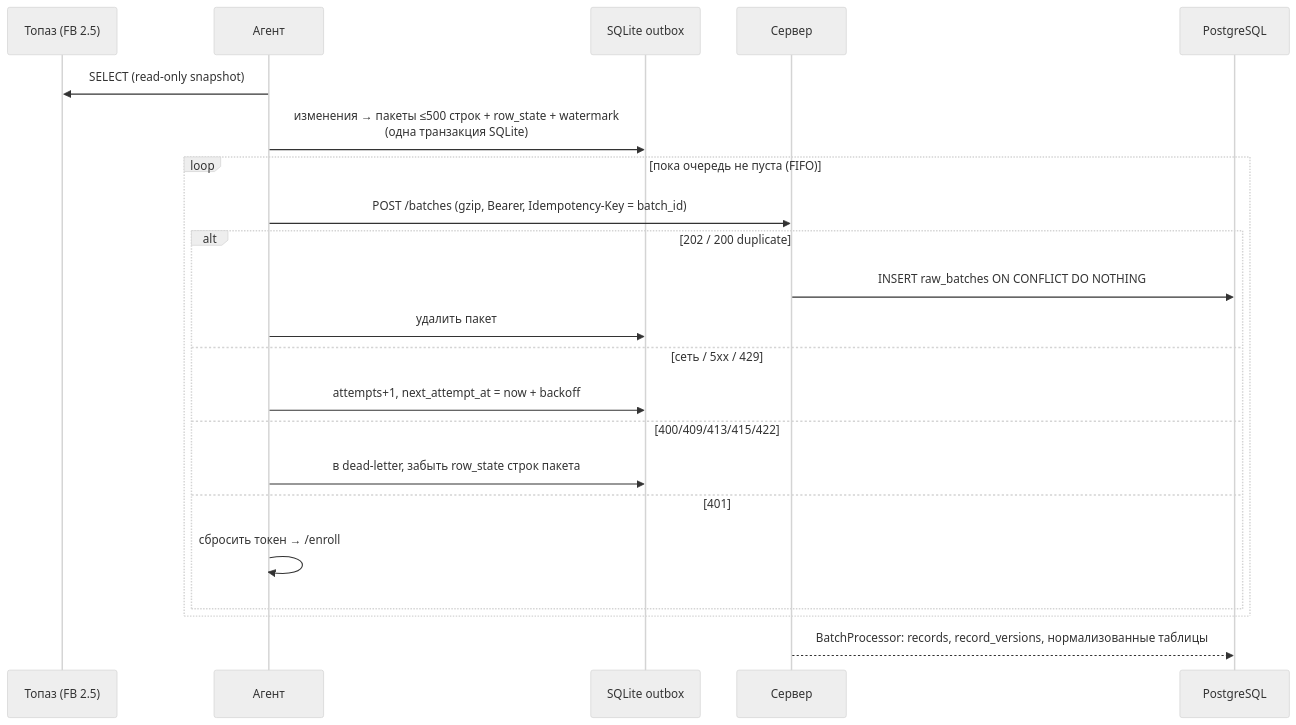
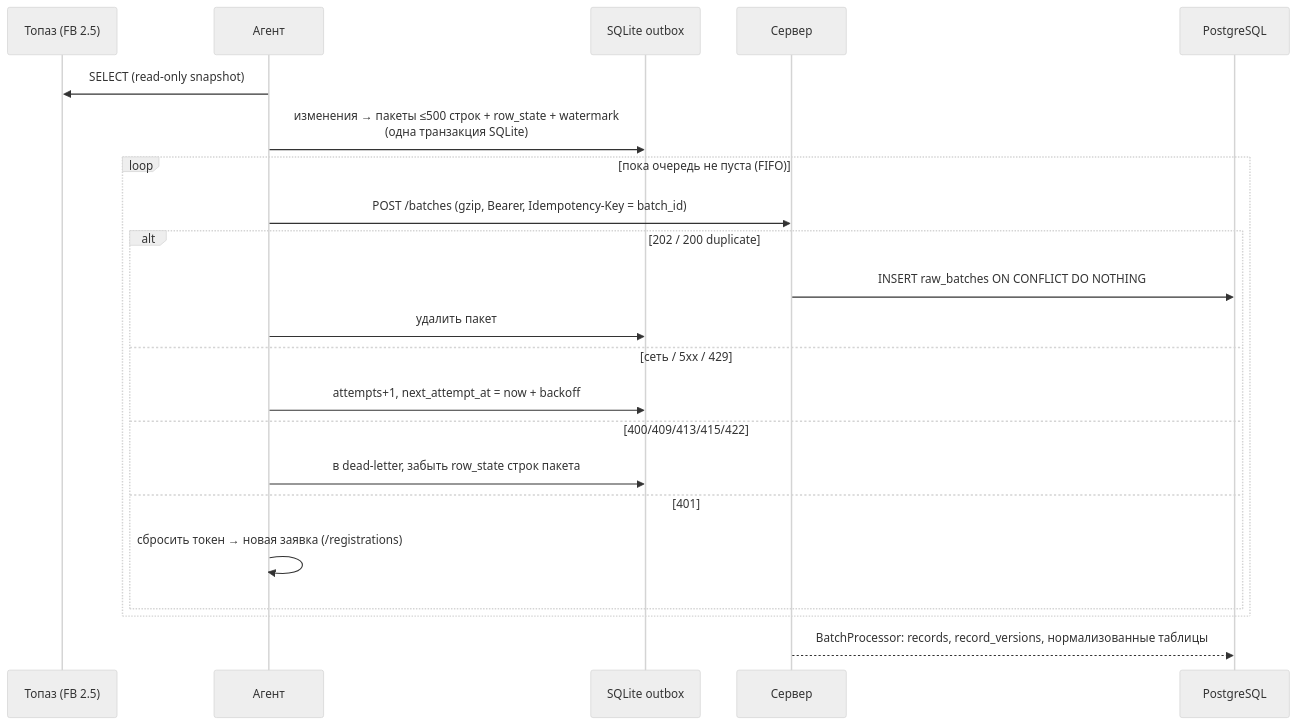
One commit to digdaran/topaz-center changed the second of 3 diagrams in docs/architecture.md. Above: the diagram before and after it, drawn with Mermaid (neutral theme). The commit also changed other lines of this file and 52 other files, not shown here.

````diff
--- a/docs/architecture.md
+++ b/docs/architecture.md
@@ -80,24 +80,24 @@
 ```mermaid
 sequenceDiagram
   participant T as Топаз (FB 2.5)
   participant A as Агент
   participant Q as SQLite outbox
   participant S as Сервер
   participant DB as PostgreSQL
   A->>T: SELECT (read-only snapshot)
   A->>Q: изменения → пакеты ≤500 строк + row_state + watermark<br/>(одна транзакция SQLite)
   loop пока очередь не пуста (FIFO)
     A->>S: POST /batches (gzip, Bearer, Idempotency-Key = batch_id)
     alt 202 / 200 duplicate
       S->>DB: INSERT raw_batches ON CONFLICT DO NOTHING
       A->>Q: удалить пакет
     else сеть / 5xx / 429
       A->>Q: attempts+1, next_attempt_at = now + backoff
     else 400/409/413/415/422
       A->>Q: в dead-letter, забыть row_state строк пакета
     else 401
-      A->>A: сбросить токен → /enroll
+      A->>A: сбросить токен → новая заявка (/registrations)
     end
   end
   S-->>DB: BatchProcessor: records, record_versions, нормализованные таблицы
 ```
````
